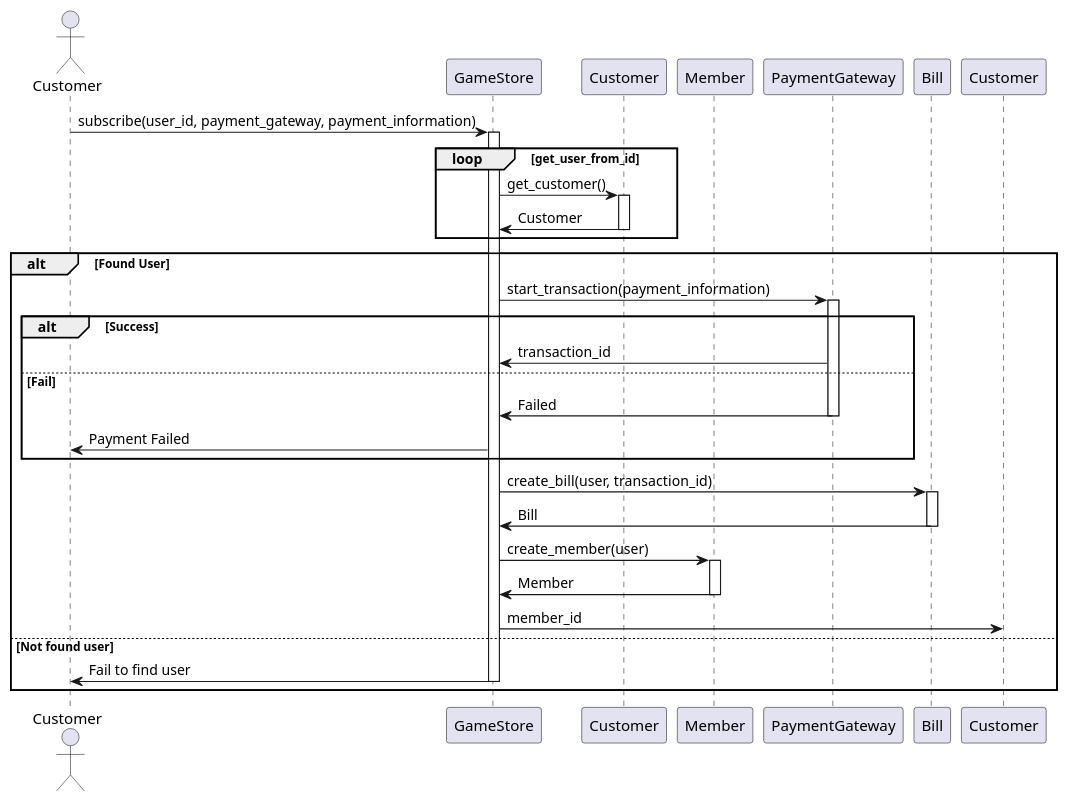
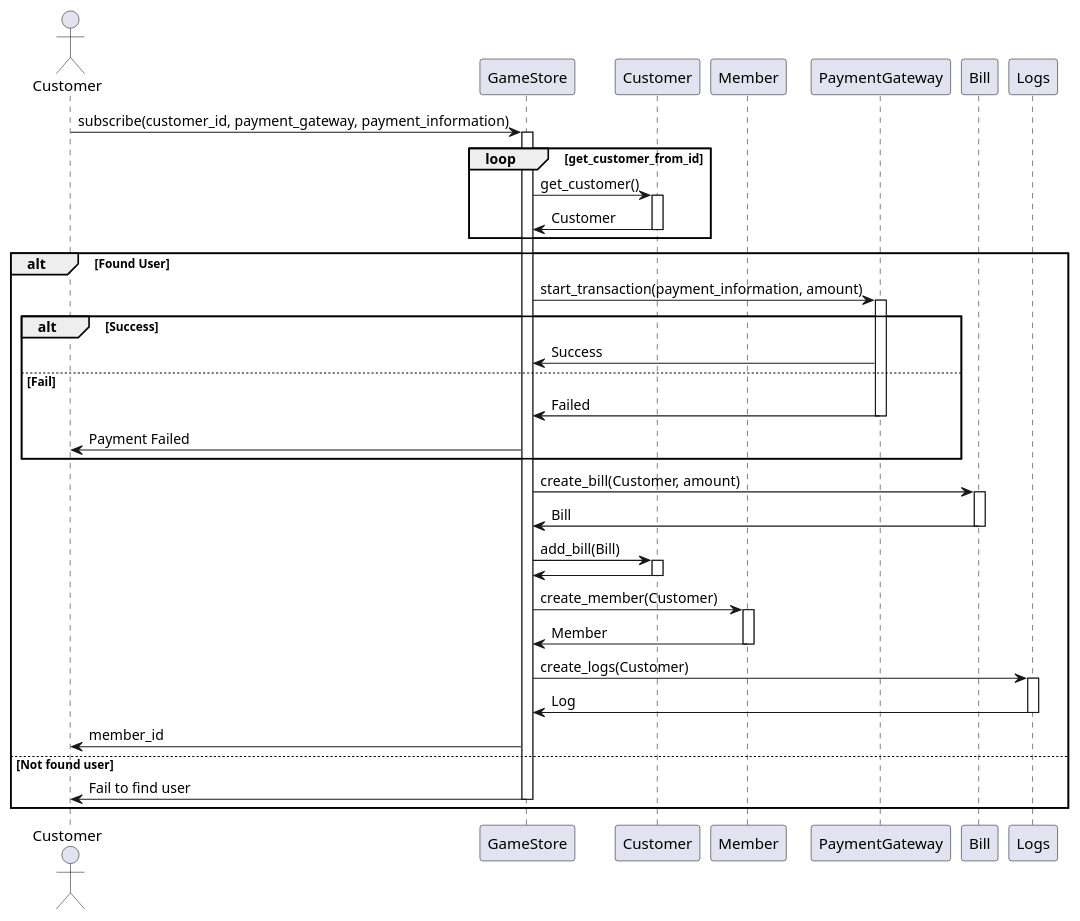
The diagram in SequenceDiagram/sequence_diagram_subscribe.puml (WaroonRagwongsiri/OOP_Project), drawn with PlantUML before and after one commit. The commit also changed 6 other files, not shown here.

```diff
--- a/SequenceDiagram/sequence_diagram_subscribe.puml
+++ b/SequenceDiagram/sequence_diagram_subscribe.puml
@@ -1,62 +1,75 @@
 @startuml UsecaseSequenceDiagram
 
 actor Customer as A_Customer
 participant GameStore
 participant Customer as P_Customer
 participant Member
 participant PaymentGateway
 participant Bill
+participant Logs
 
-A_Customer -> GameStore : subscribe(user_id, payment_gateway, payment_information)
+A_Customer -> GameStore : subscribe(customer_id, payment_gateway, payment_information)
 activate GameStore
 
-loop get_user_from_id
+loop get_customer_from_id
 
 	GameStore -> P_Customer : get_customer()
 	activate P_Customer
 
 	P_Customer -> GameStore : Customer
 	deactivate P_Customer
 
 end
 
 alt Found User
 
-	GameStore -> PaymentGateway : start_transaction(payment_information)
+	GameStore -> PaymentGateway : start_transaction(payment_information, amount)
 	activate PaymentGateway
 
 	alt Success
 
-		PaymentGateway -> GameStore : transaction_id
+		PaymentGateway -> GameStore : Success
 
 	else Fail
 
 		PaymentGateway -> GameStore : Failed
 		deactivate PaymentGateway
 
 		GameStore -> A_Customer : Payment Failed
 
 	end
 
-	GameStore -> Bill : create_bill(user, transaction_id)
+	GameStore -> Bill : create_bill(Customer, amount)
 	activate Bill
 
 	Bill -> GameStore : Bill
 	deactivate Bill
 
-	GameStore -> Member : create_member(user)
+	GameStore -> P_Customer : add_bill(Bill)
+	activate P_Customer
+
+	P_Customer -> GameStore
+	deactivate P_Customer
+
+	GameStore -> Member : create_member(Customer)
 	activate Member
 
 	Member -> GameStore : Member
 	deactivate Member
 
-	GameStore -> Customer : member_id
+	GameStore -> Logs : create_logs(Customer)
+	activate Logs
+
+	Logs -> GameStore : Log
+	deactivate Logs
+
+	GameStore -> A_Customer : member_id
 
 else Not found user
 
 	GameStore -> A_Customer : Fail to find user
 	deactivate GameStore
 
 end
 
 @enduml
```
